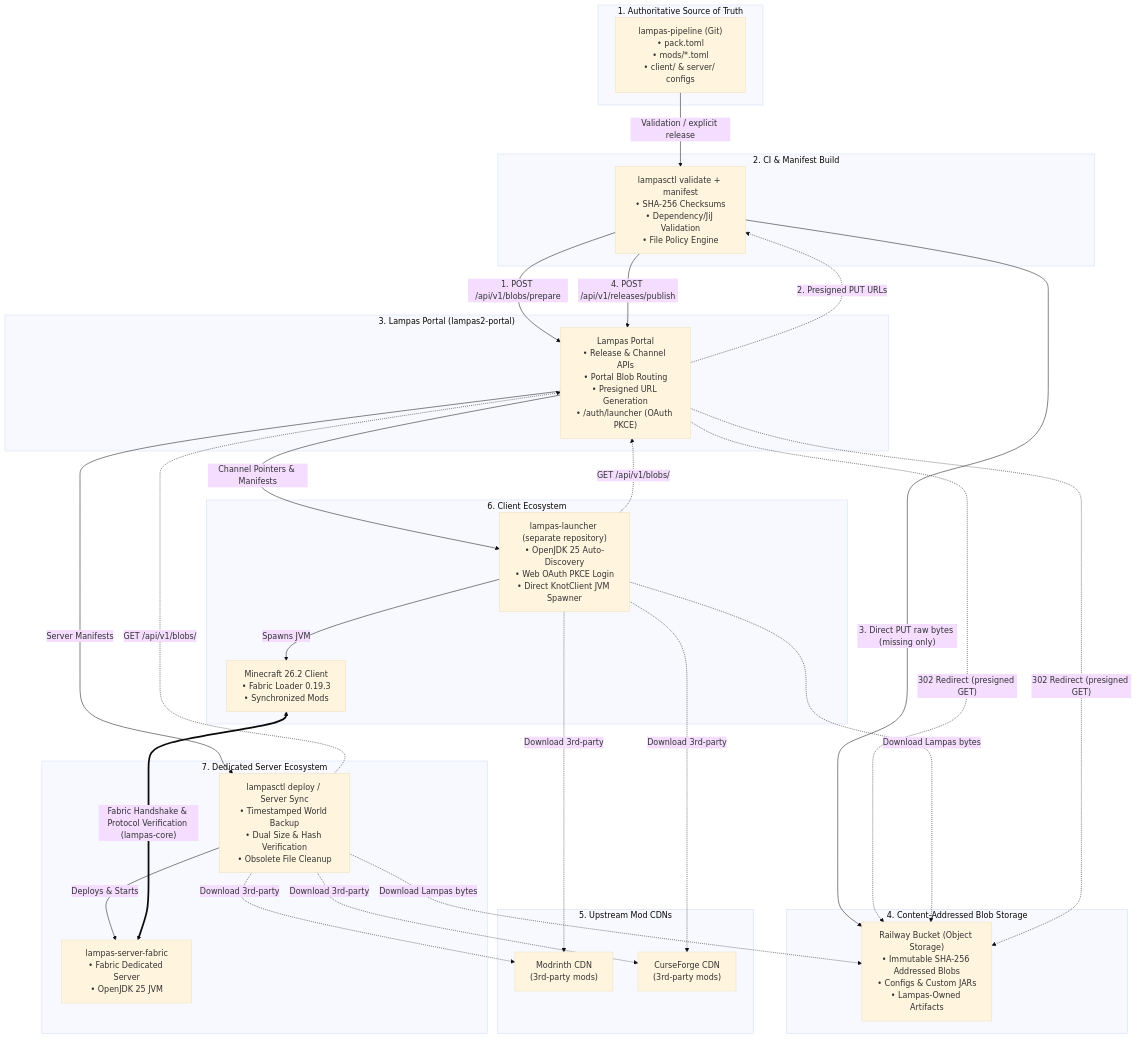
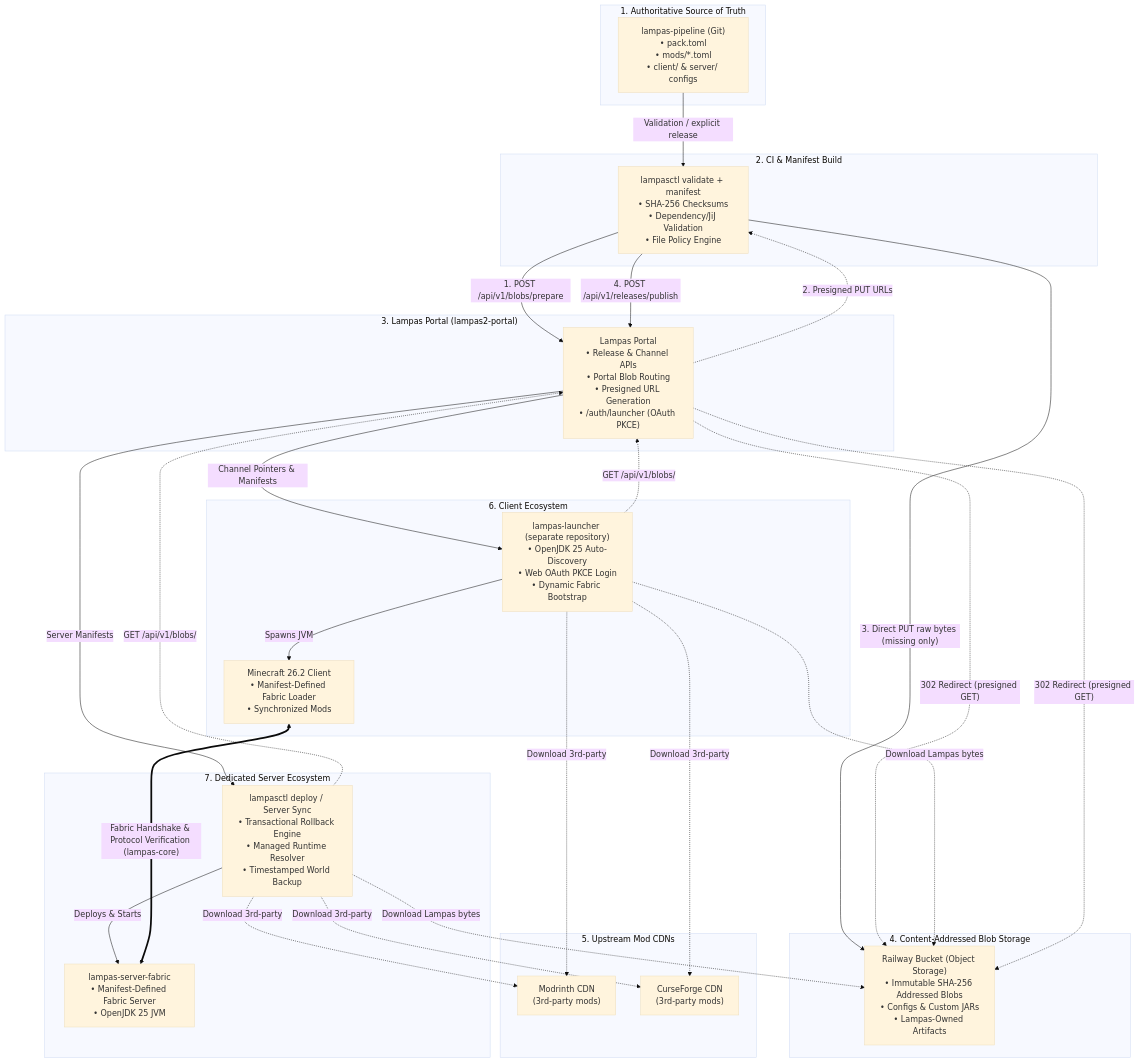
Before and after one commit to justbecauseph/lampas-pipeline: the first of 5 diagrams in README.md, drawn with Mermaid (base theme). The commit also changed other lines of this file, not shown here.

Commit message:
docs: document manifest-defined runtime contract, server provisioning, and transactional safety

````diff
--- a/README.md
+++ b/README.md
@@ -17,59 +17,59 @@
 ```mermaid
 graph TD
     subgraph Git ["1. Authoritative Source of Truth"]
         Pipeline["lampas-pipeline (Git)<br/>• pack.toml<br/>• mods/*.toml<br/>• client/ & server/ configs"]
     end
 
     subgraph CI ["2. CI & Manifest Build"]
         Lampasctl["lampasctl validate + manifest<br/>• SHA-256 Checksums<br/>• Dependency/JiJ Validation<br/>• File Policy Engine"]
     end
 
     subgraph PortalLayer ["3. Lampas Portal (lampas2-portal)"]
         PortalAPI["Lampas Portal<br/>• Release & Channel APIs<br/>• Portal Blob Routing<br/>• Presigned URL Generation<br/>• /auth/launcher (OAuth PKCE)"]
     end
 
     subgraph Storage ["4. Content-Addressed Blob Storage"]
         RailwayBucket["Railway Bucket (Object Storage)<br/>• Immutable SHA-256 Addressed Blobs<br/>• Configs & Custom JARs<br/>• Lampas-Owned Artifacts"]
     end
 
     subgraph CDNs ["5. Upstream Mod CDNs"]
         Modrinth["Modrinth CDN<br/>(3rd-party mods)"]
         CurseForge["CurseForge CDN<br/>(3rd-party mods)"]
     end
 
     subgraph ClientLayer ["6. Client Ecosystem"]
-        Launcher["lampas-launcher (separate repository)<br/>• OpenJDK 25 Auto-Discovery<br/>• Web OAuth PKCE Login<br/>• Direct KnotClient JVM Spawner"]
-        ClientMC["Minecraft 26.2 Client<br/>• Fabric Loader 0.19.3<br/>• Synchronized Mods"]
+        Launcher["lampas-launcher (separate repository)<br/>• OpenJDK 25 Auto-Discovery<br/>• Web OAuth PKCE Login<br/>• Dynamic Fabric Bootstrap"]
+        ClientMC["Minecraft 26.2 Client<br/>• Manifest-Defined Fabric Loader<br/>• Synchronized Mods"]
     end
 
     subgraph ServerLayer ["7. Dedicated Server Ecosystem"]
-        ServerScript["lampasctl deploy / Server Sync<br/>• Timestamped World Backup<br/>• Dual Size & Hash Verification<br/>• Obsolete File Cleanup"]
-        ServerMC["lampas-server-fabric<br/>• Fabric Dedicated Server<br/>• OpenJDK 25 JVM"]
+        ServerScript["lampasctl deploy / Server Sync<br/>• Transactional Rollback Engine<br/>• Managed Runtime Resolver<br/>• Timestamped World Backup"]
+        ServerMC["lampas-server-fabric<br/>• Manifest-Defined Fabric Server<br/>• OpenJDK 25 JVM"]
     end
 
     Pipeline -->|Validation / explicit release| Lampasctl
     Lampasctl -->|"1. POST /api/v1/blobs/prepare"| PortalAPI
     PortalAPI -.->|"2. Presigned PUT URLs"| Lampasctl
     Lampasctl -->|"3. Direct PUT raw bytes (missing only)"| RailwayBucket
     Lampasctl -->|"4. POST /api/v1/releases/publish"| PortalAPI
 
     PortalAPI -->|Channel Pointers & Manifests| Launcher
     PortalAPI -->|Server Manifests| ServerScript
 
     Launcher -.->|Download 3rd-party| Modrinth
     Launcher -.->|Download 3rd-party| CurseForge
     Launcher -.->|"GET /api/v1/blobs/<sha256>"| PortalAPI
     PortalAPI -.->|"302 Redirect (presigned GET)"| RailwayBucket
     Launcher -.->|Download Lampas bytes| RailwayBucket
 
     ServerScript -.->|Download 3rd-party| Modrinth
     ServerScript -.->|Download 3rd-party| CurseForge
     ServerScript -.->|"GET /api/v1/blobs/<sha256>"| PortalAPI
     PortalAPI -.->|"302 Redirect (presigned GET)"| RailwayBucket
     ServerScript -.->|Download Lampas bytes| RailwayBucket
 
     Launcher -->|Spawns JVM| ClientMC
     ServerScript -->|Deploys & Starts| ServerMC
 
     ClientMC <===>|"Fabric Handshake & Protocol Verification (lampas-core)"| ServerMC
 ```
````
